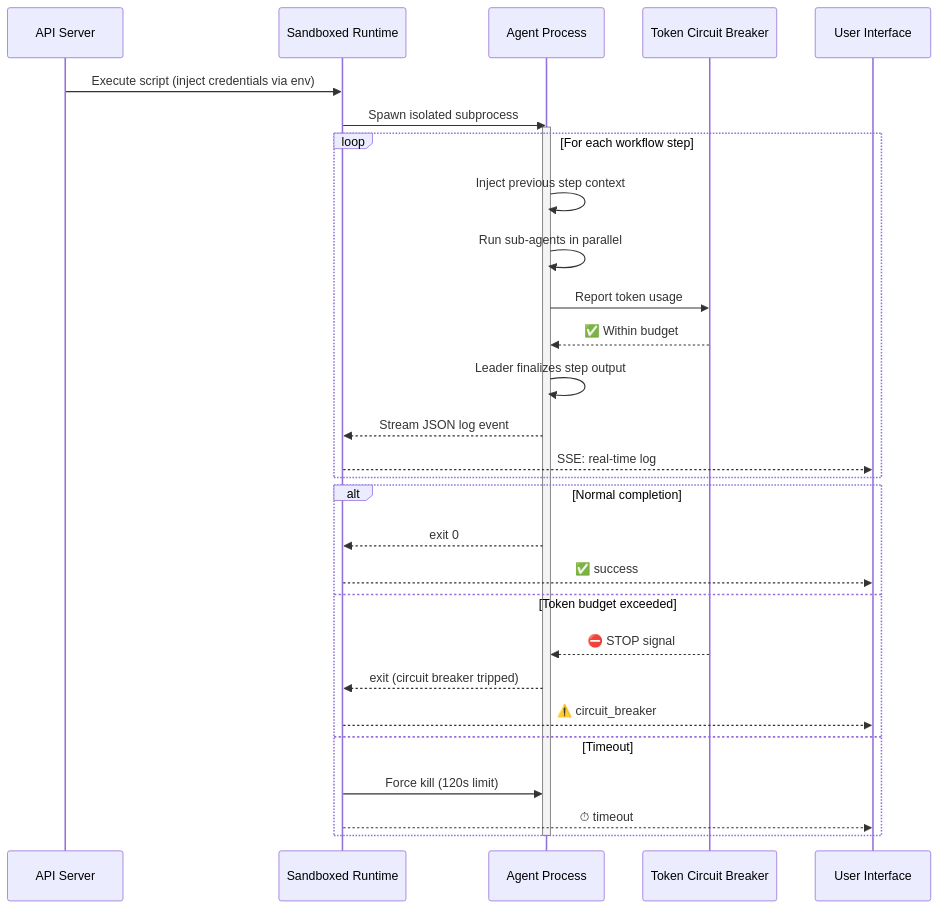
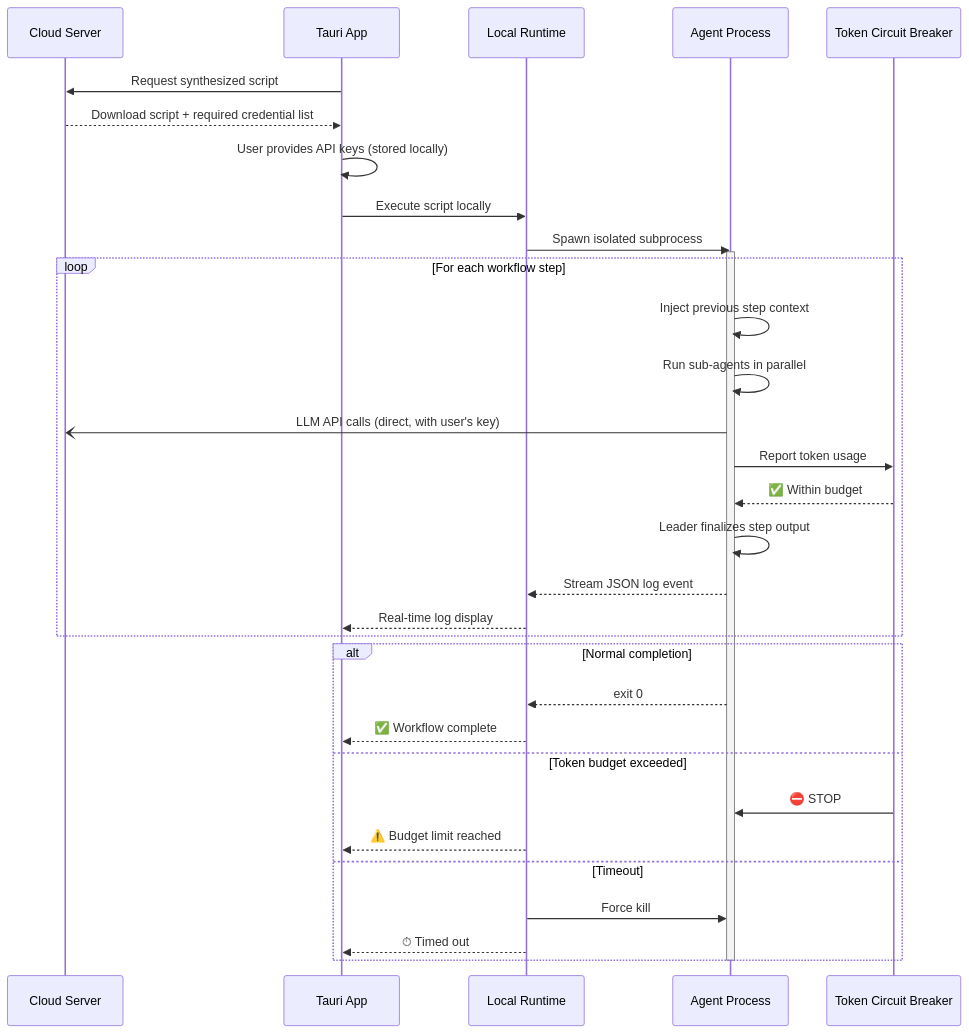
One commit to whitebearhands/hierarch_public changed the eighth of 12 diagrams in README.md. Above: the diagram before and after it, drawn with Mermaid. The commit also changed other lines of this file, not shown here.

````diff
--- a/README.md
+++ b/README.md
@@ -186,36 +195,40 @@
 ```mermaid
 sequenceDiagram
-    participant API as API Server
-    participant RT as Sandboxed Runtime
+    participant SRV as Cloud Server
+    participant APP as Tauri App
+    participant RT as Local Runtime
     participant AG as Agent Process
     participant CB as Token Circuit Breaker
-    participant UI as User Interface
 
-    API->>RT: Execute script (inject credentials via env)
+    APP->>SRV: Request synthesized script
+    SRV-->>APP: Download script + required credential list
+    APP->>APP: User provides API keys (stored locally)
+
+    APP->>RT: Execute script locally
     RT->>AG: Spawn isolated subprocess
     activate AG
 
     loop For each workflow step
         AG->>AG: Inject previous step context
         AG->>AG: Run sub-agents in parallel
+        AG-)SRV: LLM API calls (direct, with user's key)
         AG->>CB: Report token usage
         CB-->>AG: ✅ Within budget
         AG->>AG: Leader finalizes step output
         AG-->>RT: Stream JSON log event
-        RT-->>UI: SSE: real-time log
+        RT-->>APP: Real-time log display
     end
 
     alt Normal completion
         AG-->>RT: exit 0
-        RT-->>UI: ✅ success
+        RT-->>APP: ✅ Workflow complete
     else Token budget exceeded
-        CB-->>AG: ⛔ STOP signal
-        AG-->>RT: exit (circuit breaker tripped)
-        RT-->>UI: ⚠️ circuit_breaker
+        CB->>AG: ⛔ STOP
+        RT-->>APP: ⚠️ Budget limit reached
     else Timeout
-        RT->>AG: Force kill (120s limit)
-        RT-->>UI: ⏱ timeout
+        RT->>AG: Force kill
+        RT-->>APP: ⏱ Timed out
     end
 
     deactivate AG
 ```
````
